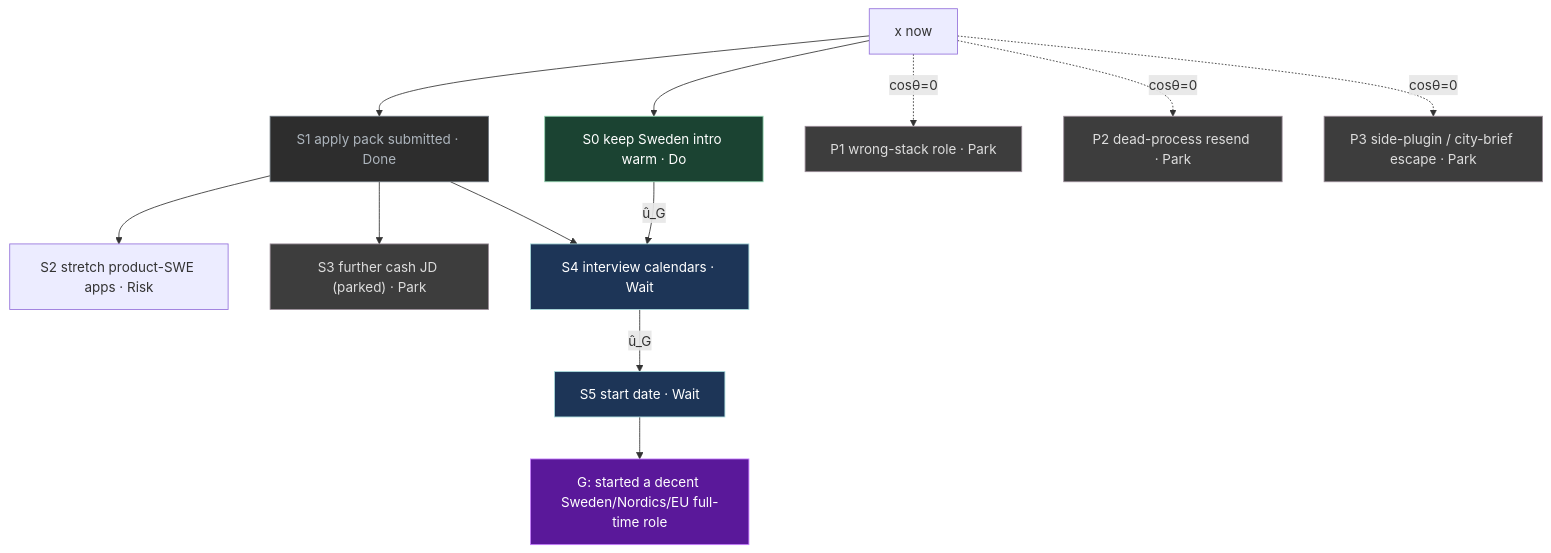
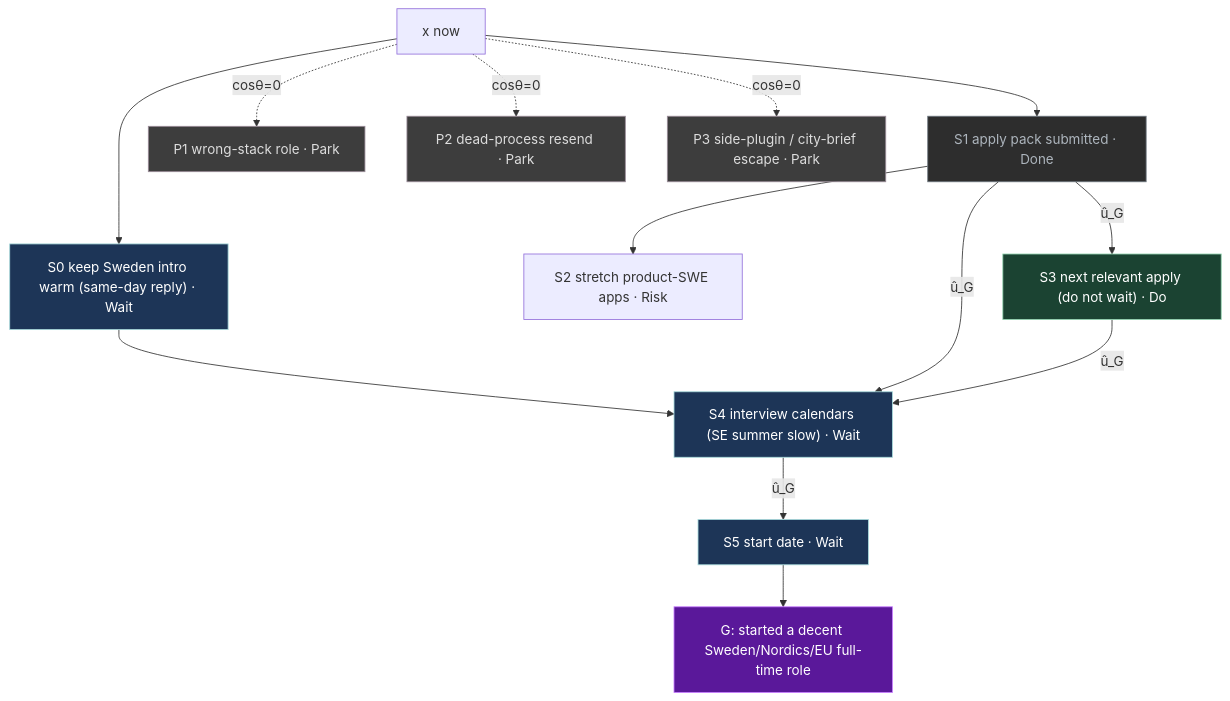
The diagram in UI/Mission.md (p10ns11y/life-os), drawn with Mermaid before and after one commit. The commit also changed other lines of this file and 2 other files, not shown here.

First line of the commit message:
docs(career): push G via next relevant apply; SE summer Wait is slow

````diff
--- a/UI/Mission.md
+++ b/UI/Mission.md
@@ -52,35 +56,36 @@
 ```mermaid
 flowchart TB
   x["x now"]
   G["G: started a decent Sweden/Nordics/EU full-time role"]
-  S0["S0 keep Sweden intro warm · Do"]
+  S0["S0 keep Sweden intro warm (same-day reply) · Wait"]
   S1["S1 apply pack submitted · Done"]
   S2["S2 stretch product-SWE apps · Risk"]
-  S3["S3 further cash JD (parked) · Park"]
-  S4["S4 interview calendars · Wait"]
+  S3["S3 next relevant apply (do not wait) · Do"]
+  S4["S4 interview calendars (SE summer slow) · Wait"]
   S5["S5 start date · Wait"]
   P1["P1 wrong-stack role · Park"]
   P2["P2 dead-process resend · Park"]
   P3["P3 side-plugin / city-brief escape · Park"]
   x --> S0
   x --> S1
   S1 --> S2
-  S1 --> S3
-  S0 -->|"û_G"| S4
-  S1 --> S4
+  S1 -->|"û_G"| S3
+  S0 --> S4
+  S1 -->|"û_G"| S4
+  S3 -->|"û_G"| S4
   S4 -->|"û_G"| S5
   x -.->|"cosθ=0"| P1
   x -.->|"cosθ=0"| P2
   x -.->|"cosθ=0"| P3
   S5 --> G
   classDef do fill:#1b4332,stroke:#95d5b2,color:#fff
   classDef wait fill:#1d3557,stroke:#a8dadc,color:#fff
   classDef park fill:#3d3d3d,stroke:#9a8c98,color:#ddd
   classDef done fill:#2d2d2d,stroke:#6c757d,color:#adb5bd
   classDef goal fill:#5a189a,stroke:#c77dff,color:#fff
   class G goal
-  class S0 do
-  class S4,S5 wait
-  class S3,P1,P2,P3 park
+  class S3 do
+  class S0,S4,S5 wait
+  class P1,P2,P3 park
   class S1 done
 ```
````
